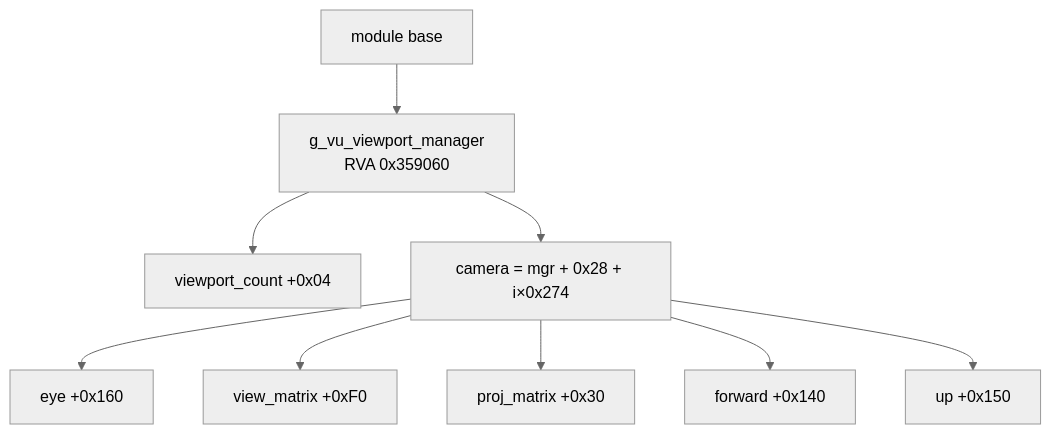
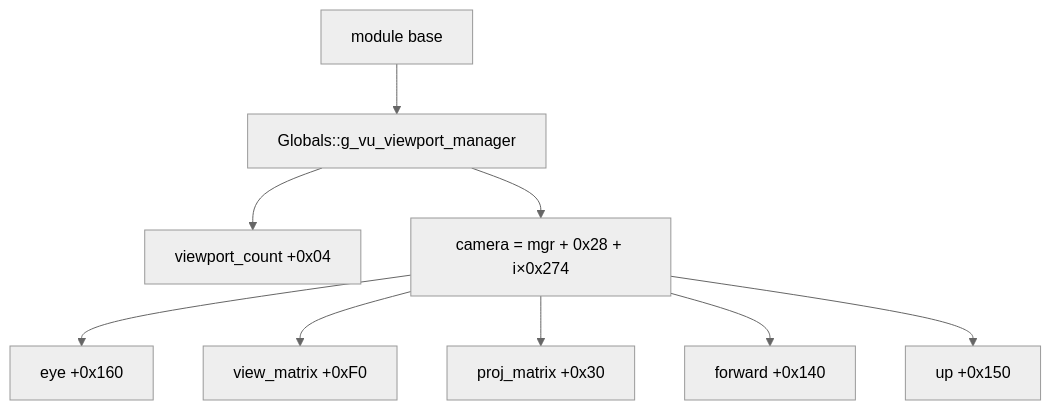
Before and after one commit to NextrixVFX/VuDumper: the second of 2 diagrams in documentation.md, drawn with Mermaid (neutral theme). The commit also changed other lines of this file and 1 other file, not shown here.

````diff
--- a/documentation.md
+++ b/documentation.md
@@ -135,11 +133,11 @@
 ```mermaid
 flowchart TD
-  M[module base] --> G["g_vu_viewport_manager<br/>RVA 0x359060"]
+  M[module base] --> G["Globals::g_vu_viewport_manager"]
   G --> C["viewport_count +0x04"]
   G --> CAM["camera = mgr + 0x28 + i×0x274"]
   CAM --> EYE["eye +0x160"]
   CAM --> VIEW["view_matrix +0xF0"]
   CAM --> PROJ["proj_matrix +0x30"]
   CAM --> FWD["forward +0x140"]
   CAM --> UP["up +0x150"]
 ```
````
